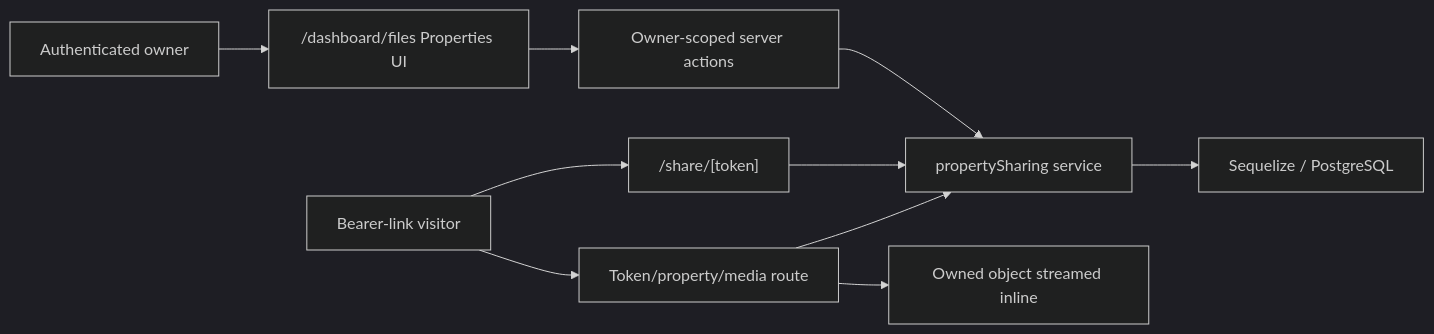
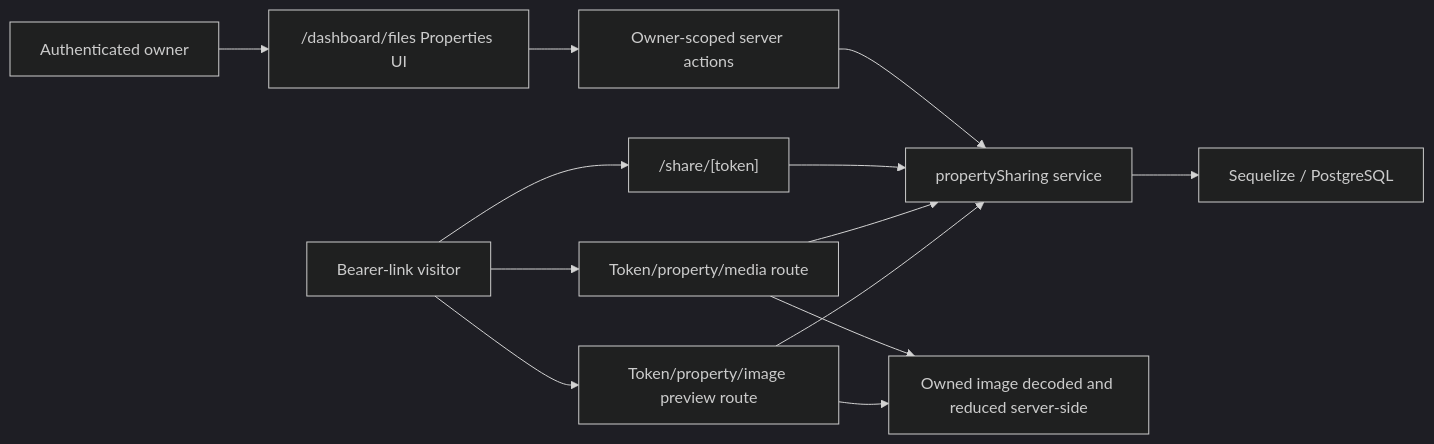
The diagram in docs/customer-property-sharing/ARCHITECTURE.md (NanduKkd/milkywayy-booking), drawn with Mermaid (dark theme) before and after one commit. The commit also changed other lines of this file and 14 other files, not shown here.

Commit message:
feat(sharing): add lightweight Open Graph previews #88 (#90)

````diff
--- a/docs/customer-property-sharing/ARCHITECTURE.md
+++ b/docs/customer-property-sharing/ARCHITECTURE.md
@@ -5,12 +5,15 @@
 ```mermaid
 flowchart LR
     Owner["Authenticated owner"] --> Dashboard["/dashboard/files Properties UI"]
     Dashboard --> Actions["Owner-scoped server actions"]
     Actions --> Service["propertySharing service"]
     Visitor["Bearer-link visitor"] --> Showcase["/share/[token]"]
     Showcase --> Service
     Visitor --> Media["Token/property/media route"]
     Media --> Service
+    Visitor --> Preview["Token/property/image preview route"]
+    Preview --> Service
     Service --> DB["Sequelize / PostgreSQL"]
     Media --> S3["Owned object streamed inline"]
+    Preview --> S3["Owned image decoded and reduced server-side"]
 ```
````
